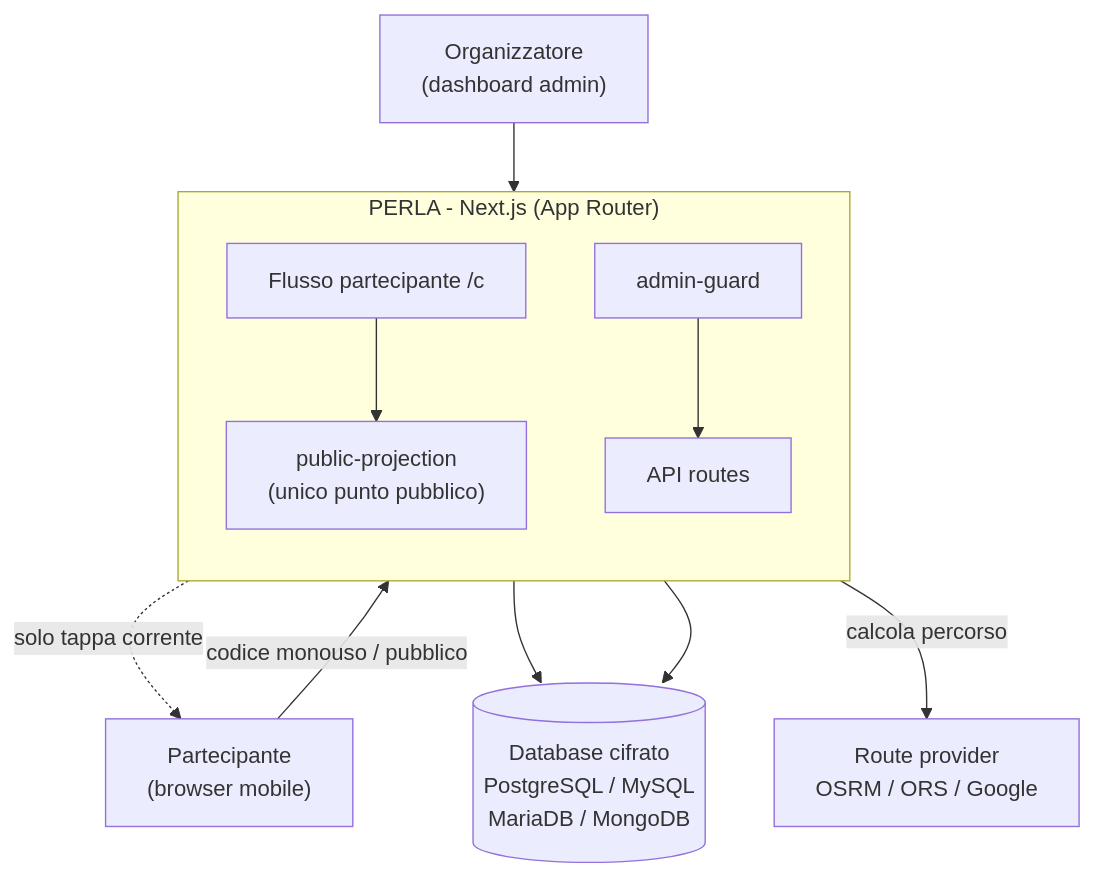
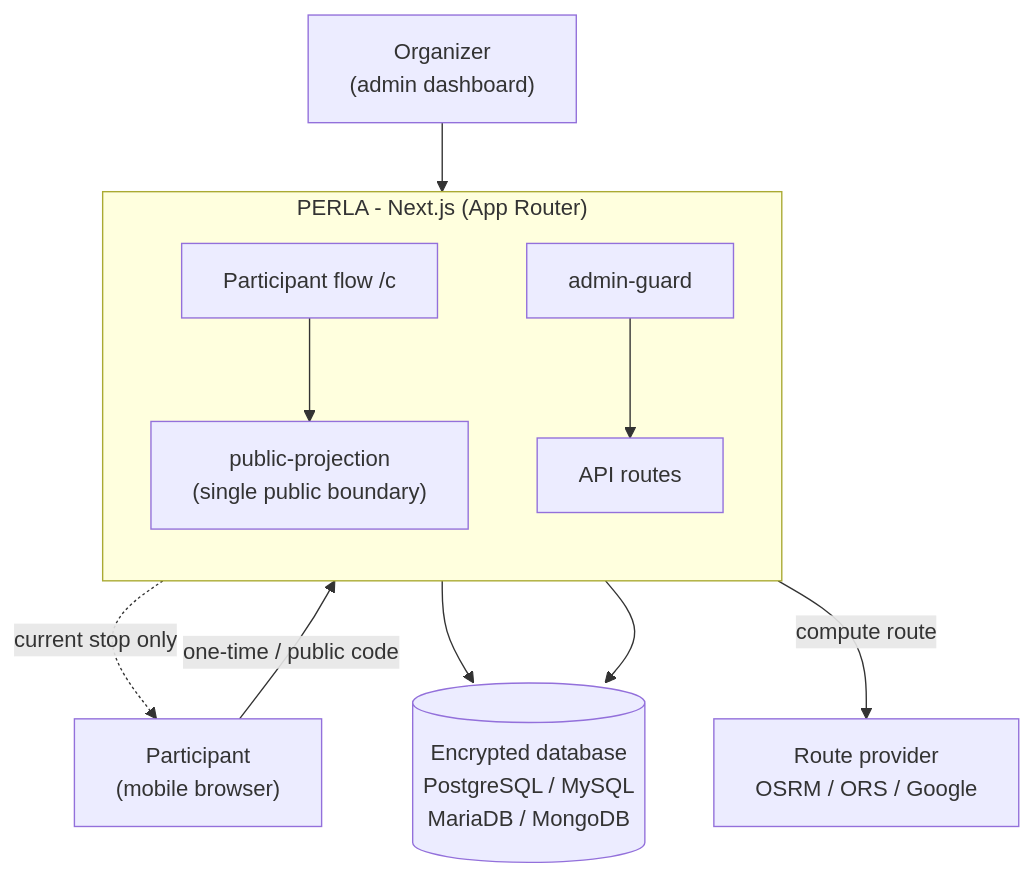
Before and after one commit to NetsukiiDev/Perla: the diagram in README.md, drawn with Mermaid. The commit also changed other lines of this file and 23 other files, not shown here.

````diff
--- a/README.md
+++ b/README.md
@@ -38,24 +35,24 @@
 ```mermaid
 flowchart TB
-  P["Partecipante<br/>(browser mobile)"]
-  A["Organizzatore<br/>(dashboard admin)"]
+  P["Participant<br/>(mobile browser)"]
+  A["Organizer<br/>(admin dashboard)"]
 
   subgraph app ["PERLA - Next.js (App Router)"]
     direction TB
-    PF["Flusso partecipante /c"]
-    PROJ["public-projection<br/>(unico punto pubblico)"]
+    PF["Participant flow /c"]
+    PROJ["public-projection<br/>(single public boundary)"]
     GUARD["admin-guard"]
     API["API routes"]
   end
 
-  DB[("Database cifrato<br/>PostgreSQL / MySQL<br/>MariaDB / MongoDB")]
+  DB[("Encrypted database<br/>PostgreSQL / MySQL<br/>MariaDB / MongoDB")]
   ROUTE["Route provider<br/>OSRM / ORS / Google"]
 
-  P -->|"codice monouso / pubblico"| PF
+  P -->|"one-time / public code"| PF
   PF --> PROJ
-  PROJ -.->|"solo tappa corrente"| P
+  PROJ -.->|"current stop only"| P
   A --> GUARD --> API
   API --> DB
   PROJ --> DB
-  API -->|"calcola percorso"| ROUTE
+  API -->|"compute route"| ROUTE
 ```
````
